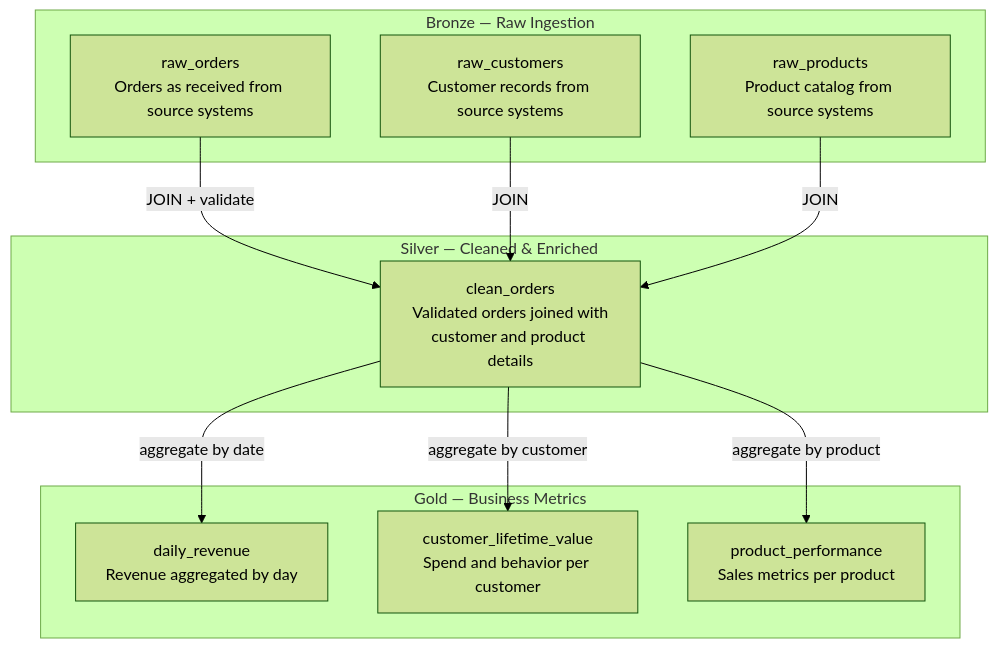
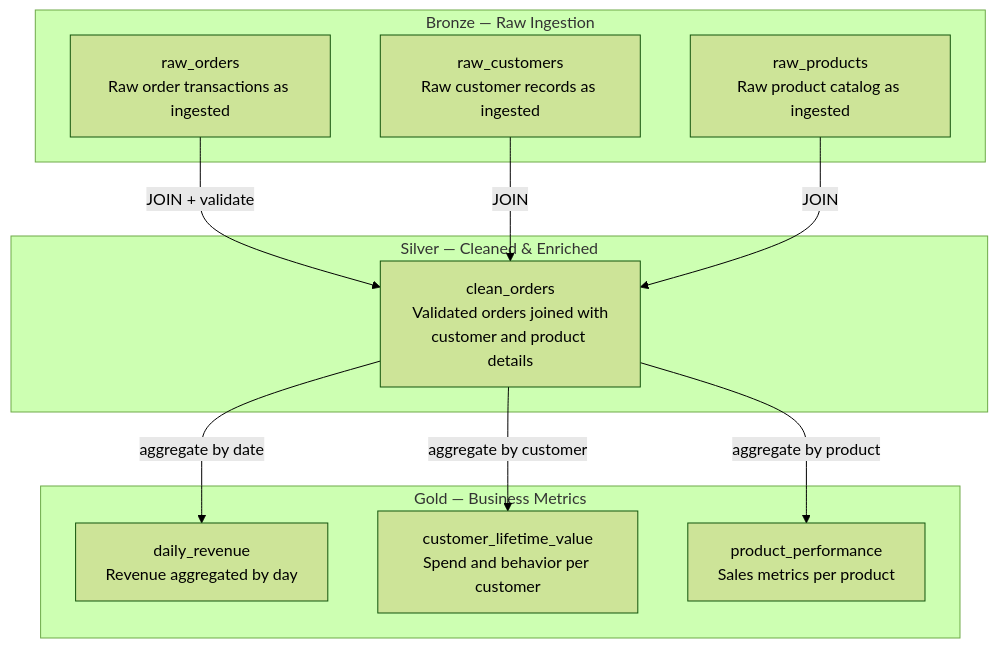
One commit to manoramtaparia-tricon/DataPulse changed the second of 3 diagrams in databricks-ai-gateway/DATA_PLATFORM.md. Above: the diagram before and after it, drawn with Mermaid (forest theme). The commit also changed other lines of this file and 5 other files, not shown here.

````diff
--- a/databricks-ai-gateway/DATA_PLATFORM.md
+++ b/databricks-ai-gateway/DATA_PLATFORM.md
@@ -68,25 +60,25 @@
 ```mermaid
 flowchart TD
     subgraph Bronze["Bronze — Raw Ingestion"]
-        RO[raw_orders<br/>Orders as received from source systems]
-        RC[raw_customers<br/>Customer records from source systems]
-        RP[raw_products<br/>Product catalog from source systems]
+        RO[raw_orders<br/>Raw order transactions as ingested]
+        RC[raw_customers<br/>Raw customer records as ingested]
+        RP[raw_products<br/>Raw product catalog as ingested]
     end
 
     subgraph Silver["Silver — Cleaned & Enriched"]
         CO[clean_orders<br/>Validated orders joined with<br/>customer and product details]
     end
 
     subgraph Gold["Gold — Business Metrics"]
         DR[daily_revenue<br/>Revenue aggregated by day]
         CLV[customer_lifetime_value<br/>Spend and behavior per customer]
         PP[product_performance<br/>Sales metrics per product]
     end
 
     RO -->|JOIN + validate| CO
     RC -->|JOIN| CO
     RP -->|JOIN| CO
     CO -->|aggregate by date| DR
     CO -->|aggregate by customer| CLV
     CO -->|aggregate by product| PP
 ```
````
